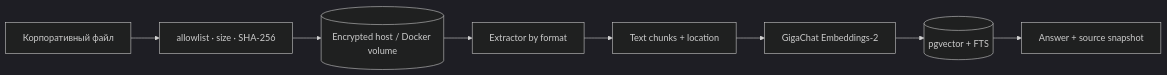
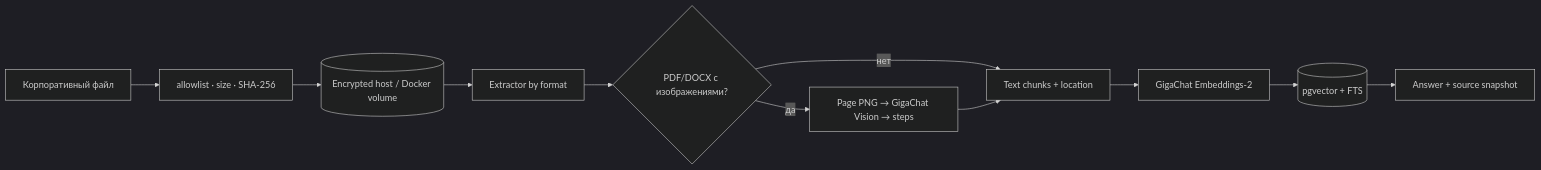
The diagram in docs/DATA.md (TBWTK/corporate-rag), drawn with Mermaid (dark theme) before and after one commit. The commit also changed other lines of this file and 77 other files, not shown here.

````diff
--- a/docs/DATA.md
+++ b/docs/DATA.md
@@ -46,10 +56,13 @@
 ```mermaid
 flowchart LR
   File["Корпоративный файл"] --> Validate["allowlist · size · SHA-256"]
   Validate --> Raw[("Encrypted host / Docker volume")]
   Raw --> Extract["Extractor by format"]
-  Extract --> Chunk["Text chunks + location"]
+  Extract --> Visual{"PDF/DOCX с изображениями?"}
+  Visual -->|да| Render["Page PNG → GigaChat Vision → steps"]
+  Visual -->|нет| Chunk["Text chunks + location"]
+  Render --> Chunk
   Chunk --> Embed["GigaChat Embeddings-2"]
   Embed --> Index[("pgvector + FTS")]
   Index --> Answer["Answer + source snapshot"]
 ```
````
